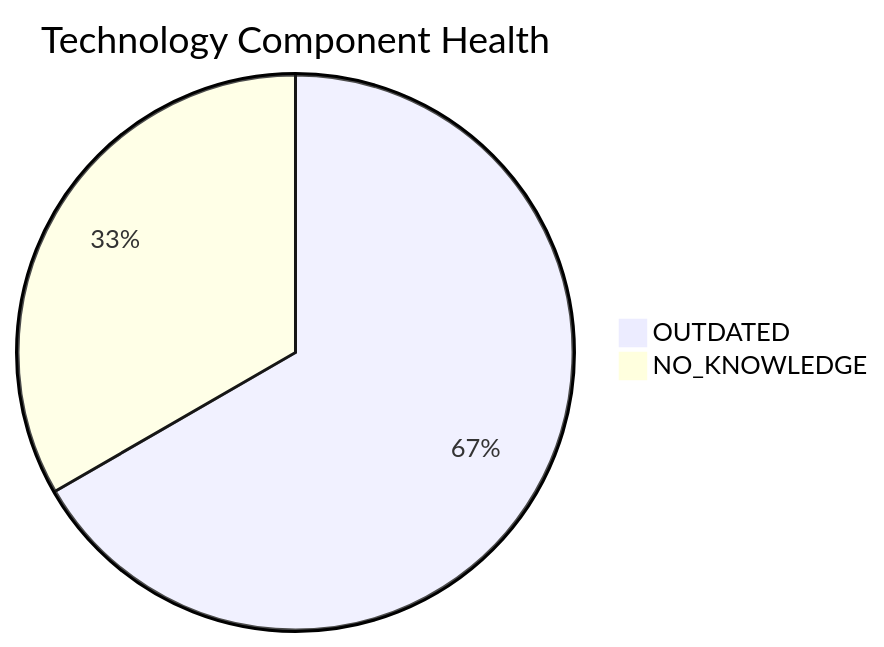
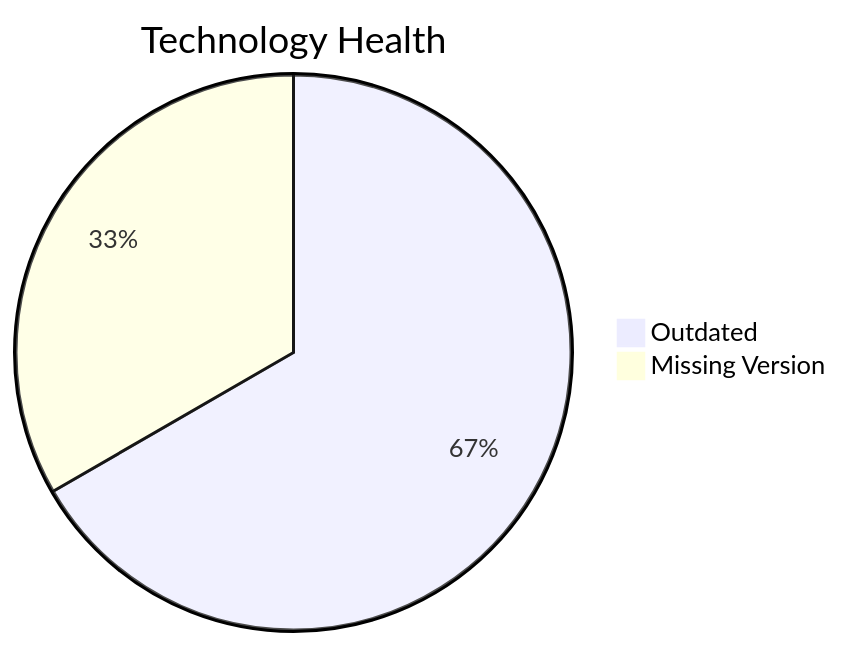
Before and after one commit to ktruchcz/copilot-test-ktruchcz: the diagram in discover/output/reports/apps/app026.md, drawn with Mermaid. The commit also changed other lines of this file and 227 other files, not shown here.

````diff
--- a/discover/output/reports/apps/app026.md
+++ b/discover/output/reports/apps/app026.md
@@ -37,5 +32,5 @@
 ```mermaid
-pie title Technology Component Health
-    "OUTDATED" : 2
-    "NO_KNOWLEDGE" : 1
+pie title Technology Health
+    "Outdated" : 2
+    "Missing Version" : 1
 ```
````
